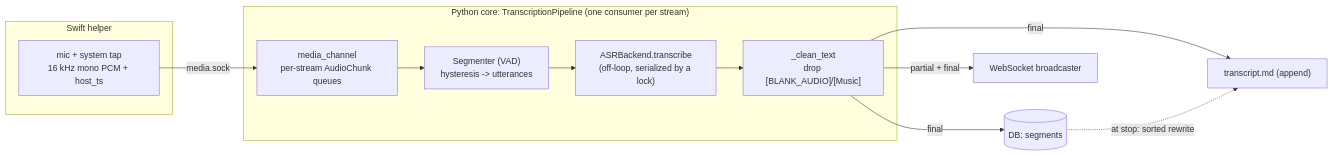
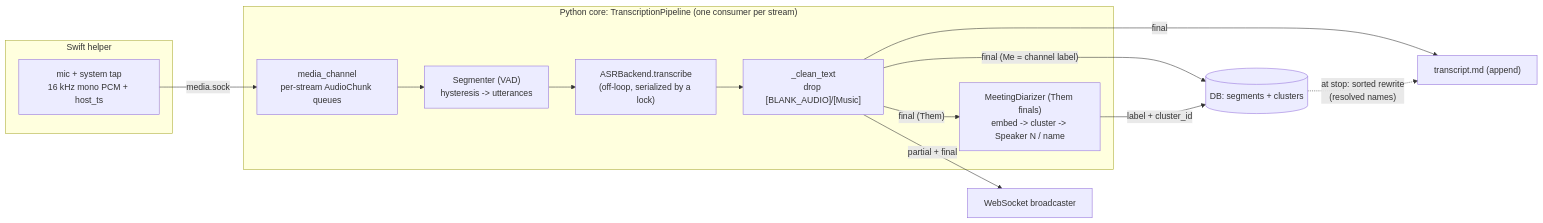
One commit to rwiseman87/hearsay changed the first of 2 diagrams in docs/pipeline.md. Above: the diagram before and after it, drawn with Mermaid. The commit also changed other lines of this file and 4 other files, not shown here.

````diff
--- a/docs/pipeline.md
+++ b/docs/pipeline.md
@@ -9,18 +10,21 @@
 ```mermaid
 flowchart LR
   subgraph Helper["Swift helper"]
     Cap["mic + system tap\n16 kHz mono PCM + host_ts"]
   end
   subgraph Core["Python core: TranscriptionPipeline (one consumer per stream)"]
     MC["media_channel\nper-stream AudioChunk queues"]
     Seg["Segmenter (VAD)\nhysteresis -> utterances"]
     ASR["ASRBackend.transcribe\n(off-loop, serialized by a lock)"]
     Clean["_clean_text\ndrop [BLANK_AUDIO]/[Music]"]
+    Diar["MeetingDiarizer (Them finals)\nembed -> cluster -> Speaker N / name"]
     Seg --> ASR --> Clean
+    Clean -->|"final (Them)"| Diar
   end
   Cap -- media.sock --> MC --> Seg
-  Clean -->|final| DB[("DB: segments")]
+  Clean -->|"final (Me = channel label)"| DB[("DB: segments + clusters")]
+  Diar -->|"label + cluster_id"| DB
   Clean -->|final| MD["transcript.md (append)"]
   Clean -->|partial + final| WS["WebSocket broadcaster"]
-  DB -. "at stop: sorted rewrite" .-> MD
+  DB -. "at stop: sorted rewrite\n(resolved names)" .-> MD
 ```
````
